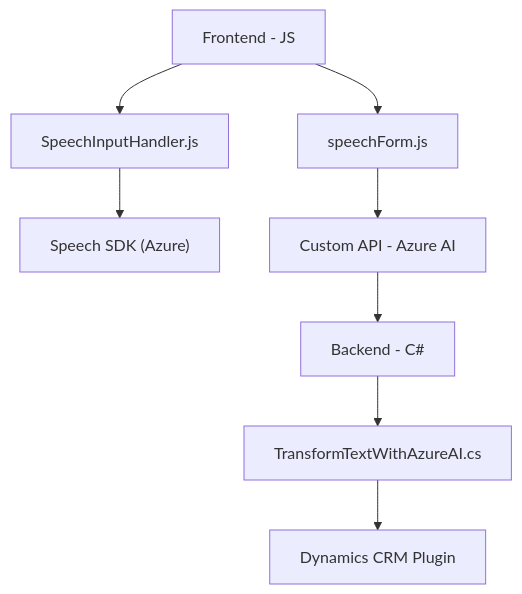
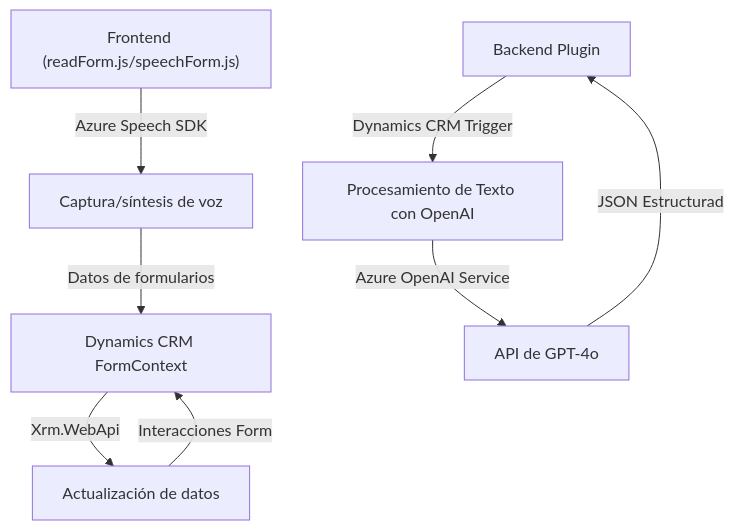
The diagram in README.md (blopezdm/NETCORE_BILBAO2025), drawn with Mermaid before and after one commit. The commit also changed other lines of this file, not shown here.

Commit message:
Actualizar análisis global de la solución con IA

````diff
--- a/README.md
+++ b/README.md
@@ -30,19 +38,13 @@
 ```mermaid
 graph TD
-    A["Frontend - JS"]
-    B["SpeechInputHandler.js"]
-    C["Speech SDK (Azure)"]
-    D["speechForm.js"]
-    E["Custom API - Azure AI"]
-    F["Backend - C#"]
-    G["TransformTextWithAzureAI.cs"]
-    H["Dynamics CRM Plugin"]
+    A["Frontend (readForm.js/speechForm.js)"] --Azure Speech SDK--> B["Captura/síntesis de voz"]
+    B["Captura/síntesis de voz"] --Datos de formularios--> C["Dynamics CRM FormContext"]
+    
+    C["Dynamics CRM FormContext"] --Xrm.WebApi--> D["Actualización de datos"]
 
-    A --> B
-    B --> C
-    A --> D
-    D --> E
-    E --> F
-    F --> G
-    G --> H
+    E["Backend Plugin (TransformTextWithAzureAI.cs)"] --Dynamics CRM Trigger--> F["Procesamiento de Texto con OpenAI"]
+    F["Procesamiento de Texto con OpenAI"] --Azure OpenAI Service--> G["API de GPT-4o"]
+    G["API de GPT-4o"] --JSON Estructurado--> E["Backend Plugin"]
+
+    D["Actualización de datos"] --Interacciones Form--> C
 ```
````
